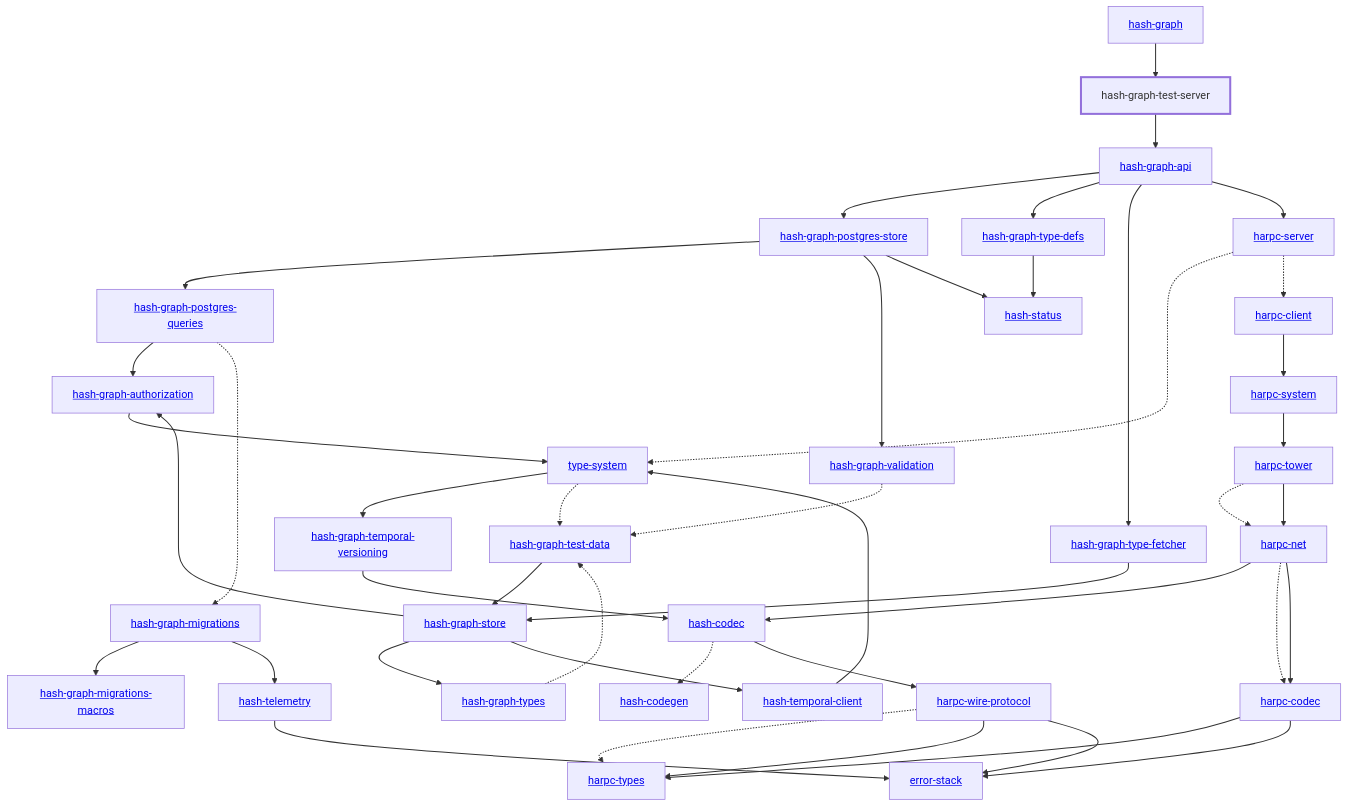
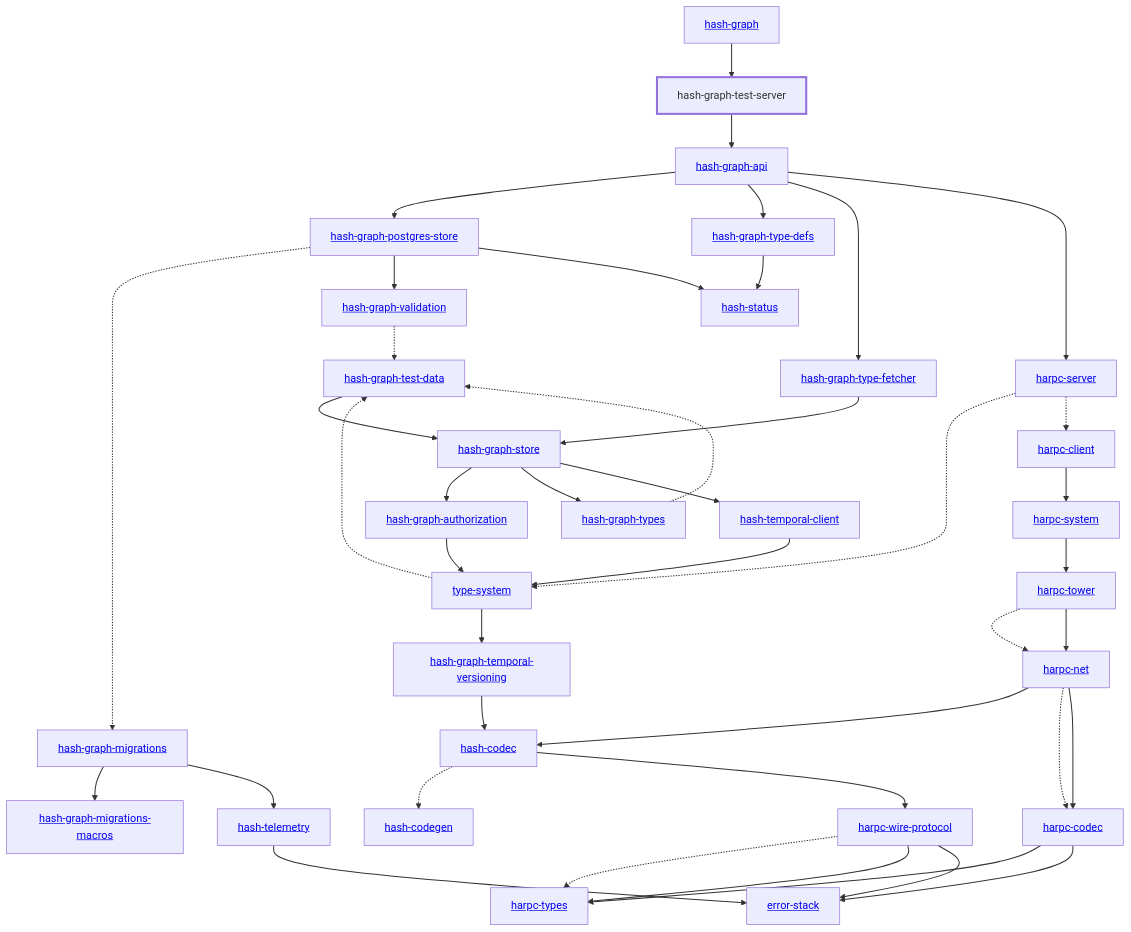
The diagram in libs/@local/graph/test-server/docs/dependency-diagram.mmd (hashintel/hash), drawn with Mermaid before and after one commit. The commit also changed 52 other files, not shown here.

```diff
--- a/libs/@local/graph/test-server/docs/dependency-diagram.mmd
+++ b/libs/@local/graph/test-server/docs/dependency-diagram.mmd
@@ -1,84 +1,81 @@
 graph TD
     linkStyle default stroke-width:1.5px
     classDef default stroke-width:1px
     classDef root stroke-width:3px
     classDef dev stroke-width:1px
     classDef build stroke-width:1px
     %% Legend
     %% --> : Normal dependency
     %% -.-> : Dev dependency
     %% ---> : Build dependency
     0[<a href="../hash_graph/index.html">hash-graph</a>]
     1[<a href="../type_system/index.html">type-system</a>]
     2[<a href="../hash_codec/index.html">hash-codec</a>]
     3[<a href="../hash_codegen/index.html">hash-codegen</a>]
     4[<a href="../hash_graph_api/index.html">hash-graph-api</a>]
     5[<a href="../hash_graph_authorization/index.html">hash-graph-authorization</a>]
     6[<a href="../hash_graph_migrations/index.html">hash-graph-migrations</a>]
     7[<a href="../hash_graph_migrations_macros/index.html">hash-graph-migrations-macros</a>]
-    8[<a href="../hash_graph_postgres_queries/index.html">hash-graph-postgres-queries</a>]
-    9[<a href="../hash_graph_postgres_store/index.html">hash-graph-postgres-store</a>]
-    10[<a href="../hash_graph_store/index.html">hash-graph-store</a>]
-    11[<a href="../hash_graph_temporal_versioning/index.html">hash-graph-temporal-versioning</a>]
-    12[hash-graph-test-server]
-    class 12 root
-    13[<a href="../hash_graph_type_defs/index.html">hash-graph-type-defs</a>]
-    14[<a href="../hash_graph_type_fetcher/index.html">hash-graph-type-fetcher</a>]
-    15[<a href="../hash_graph_types/index.html">hash-graph-types</a>]
-    16[<a href="../hash_graph_validation/index.html">hash-graph-validation</a>]
-    17[<a href="../harpc_client/index.html">harpc-client</a>]
-    18[<a href="../harpc_codec/index.html">harpc-codec</a>]
-    19[<a href="../harpc_net/index.html">harpc-net</a>]
-    20[<a href="../harpc_server/index.html">harpc-server</a>]
-    21[<a href="../harpc_system/index.html">harpc-system</a>]
-    22[<a href="../harpc_tower/index.html">harpc-tower</a>]
-    23[<a href="../harpc_types/index.html">harpc-types</a>]
-    24[<a href="../harpc_wire_protocol/index.html">harpc-wire-protocol</a>]
-    25[<a href="../hash_status/index.html">hash-status</a>]
-    26[<a href="../hash_telemetry/index.html">hash-telemetry</a>]
-    27[<a href="../hash_temporal_client/index.html">hash-temporal-client</a>]
-    28[<a href="../error_stack/index.html">error-stack</a>]
-    29[<a href="../hash_graph_test_data/index.html">hash-graph-test-data</a>]
-    0 --> 12
-    1 --> 11
-    1 -.-> 29
+    8[<a href="../hash_graph_postgres_store/index.html">hash-graph-postgres-store</a>]
+    9[<a href="../hash_graph_store/index.html">hash-graph-store</a>]
+    10[<a href="../hash_graph_temporal_versioning/index.html">hash-graph-temporal-versioning</a>]
+    11[hash-graph-test-server]
+    class 11 root
+    12[<a href="../hash_graph_type_defs/index.html">hash-graph-type-defs</a>]
+    13[<a href="../hash_graph_type_fetcher/index.html">hash-graph-type-fetcher</a>]
+    14[<a href="../hash_graph_types/index.html">hash-graph-types</a>]
+    15[<a href="../hash_graph_validation/index.html">hash-graph-validation</a>]
+    16[<a href="../harpc_client/index.html">harpc-client</a>]
+    17[<a href="../harpc_codec/index.html">harpc-codec</a>]
+    18[<a href="../harpc_net/index.html">harpc-net</a>]
+    19[<a href="../harpc_server/index.html">harpc-server</a>]
+    20[<a href="../harpc_system/index.html">harpc-system</a>]
+    21[<a href="../harpc_tower/index.html">harpc-tower</a>]
+    22[<a href="../harpc_types/index.html">harpc-types</a>]
+    23[<a href="../harpc_wire_protocol/index.html">harpc-wire-protocol</a>]
+    24[<a href="../hash_status/index.html">hash-status</a>]
+    25[<a href="../hash_telemetry/index.html">hash-telemetry</a>]
+    26[<a href="../hash_temporal_client/index.html">hash-temporal-client</a>]
+    27[<a href="../error_stack/index.html">error-stack</a>]
+    28[<a href="../hash_graph_test_data/index.html">hash-graph-test-data</a>]
+    0 --> 11
+    1 --> 10
+    1 -.-> 28
     2 -.-> 3
-    2 --> 24
-    4 --> 9
+    2 --> 23
+    4 --> 8
+    4 --> 12
     4 --> 13
-    4 --> 14
-    4 --> 20
+    4 --> 19
     5 --> 1
     6 --> 7
-    6 --> 26
-    8 --> 5
+    6 --> 25
     8 -.-> 6
-    9 --> 8
-    9 --> 16
-    9 --> 25
-    10 --> 5
-    10 --> 15
-    10 --> 27
-    11 --> 2
-    12 --> 4
-    13 --> 25
-    14 --> 10
-    15 -.-> 29
-    16 -.-> 29
-    17 --> 21
-    18 --> 23
-    18 --> 28
-    19 --> 2
-    19 -.-> 18
-    19 --> 18
-    20 -.-> 1
-    20 -.-> 17
-    21 --> 22
-    22 -.-> 19
-    22 --> 19
-    24 -.-> 23
-    24 --> 23
-    24 --> 28
-    26 --> 28
-    27 --> 1
-    29 --> 10
+    8 --> 15
+    8 --> 24
+    9 --> 5
+    9 --> 14
+    9 --> 26
+    10 --> 2
+    11 --> 4
+    12 --> 24
+    13 --> 9
+    14 -.-> 28
+    15 -.-> 28
+    16 --> 20
+    17 --> 22
+    17 --> 27
+    18 --> 2
+    18 -.-> 17
+    18 --> 17
+    19 -.-> 1
+    19 -.-> 16
+    20 --> 21
+    21 -.-> 18
+    21 --> 18
+    23 -.-> 22
+    23 --> 22
+    23 --> 27
+    25 --> 27
+    26 --> 1
+    28 --> 9
```
